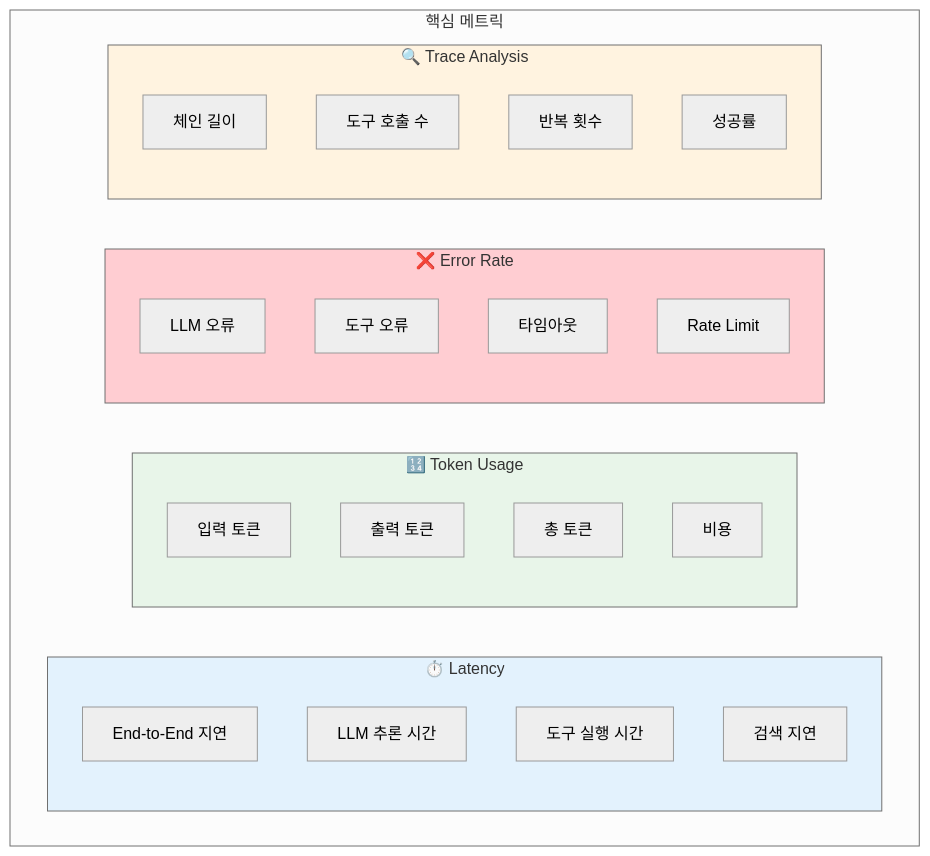
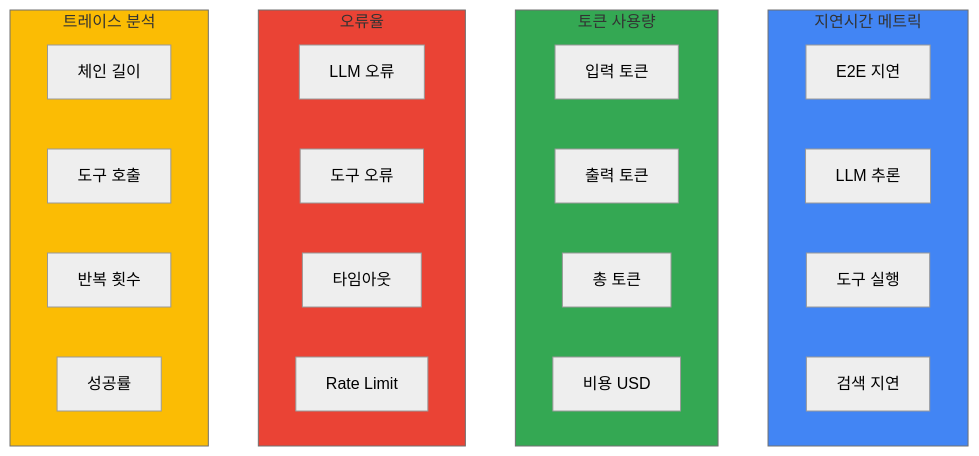
Before and after one commit to devfloor9/engineering-playbook: the second of 3 diagrams in docs/agentic-ai-platform/operations-mlops/agent-monitoring.md, drawn with Mermaid (neutral theme). The commit also changed other lines of this file and 24 other files, not shown here.

````diff
--- a/docs/agentic-ai-platform/operations-mlops/agent-monitoring.md
+++ b/docs/agentic-ai-platform/operations-mlops/agent-monitoring.md
@@ -737,37 +737,35 @@
 ```mermaid
-graph TB
-    subgraph Metrics["핵심 메트릭"]
-        subgraph Latency["⏱️ Latency"]
-            E2E["End-to-End 지연"]
-            LLM_LAT["LLM 추론 시간"]
-            TOOL_LAT["도구 실행 시간"]
-            RETRIEVAL_LAT["검색 지연"]
-        end
-
-        subgraph Tokens["🔢 Token Usage"]
-            INPUT_TOK["입력 토큰"]
-            OUTPUT_TOK["출력 토큰"]
-            TOTAL_TOK["총 토큰"]
-            COST["비용"]
-        end
-
-        subgraph Errors["❌ Error Rate"]
-            LLM_ERR["LLM 오류"]
-            TOOL_ERR["도구 오류"]
-            TIMEOUT["타임아웃"]
-            RATE_LIMIT["Rate Limit"]
-        end
-
-        subgraph Traces["🔍 Trace Analysis"]
-            CHAIN_LEN["체인 길이"]
-            TOOL_CALLS["도구 호출 수"]
-            ITERATIONS["반복 횟수"]
-            SUCCESS["성공률"]
-        end
+flowchart TB
+    subgraph Latency["지연시간 메트릭"]
+        E2E[E2E 지연]
+        LLM_LAT[LLM 추론]
+        TOOL_LAT[도구 실행]
+        RETRIEVAL_LAT[검색 지연]
     end
 
-    style Latency fill:#e3f2fd
-    style Tokens fill:#e8f5e9
-    style Errors fill:#ffcdd2
-    style Traces fill:#fff3e0
+    subgraph Tokens["토큰 사용량"]
+        INPUT_TOK[입력 토큰]
+        OUTPUT_TOK[출력 토큰]
+        TOTAL_TOK[총 토큰]
+        COST[비용 USD]
+    end
+
+    subgraph Errors["오류율"]
+        LLM_ERR[LLM 오류]
+        TOOL_ERR[도구 오류]
+        TIMEOUT[타임아웃]
+        RATE_LIMIT[Rate Limit]
+    end
+
+    subgraph Traces["트레이스 분석"]
+        CHAIN_LEN[체인 길이]
+        TOOL_CALLS[도구 호출]
+        ITERATIONS[반복 횟수]
+        SUCCESS[성공률]
+    end
+
+    style Latency fill:#4285f4
+    style Tokens fill:#34a853
+    style Errors fill:#ea4335
+    style Traces fill:#fbbc04
 ```
````
